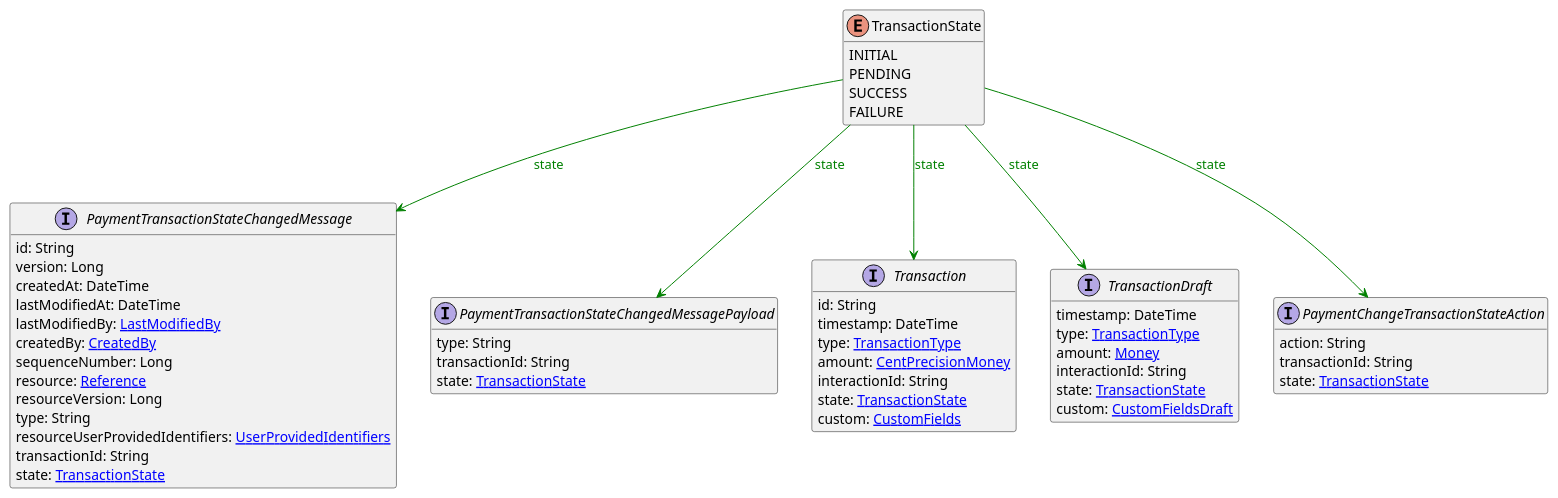
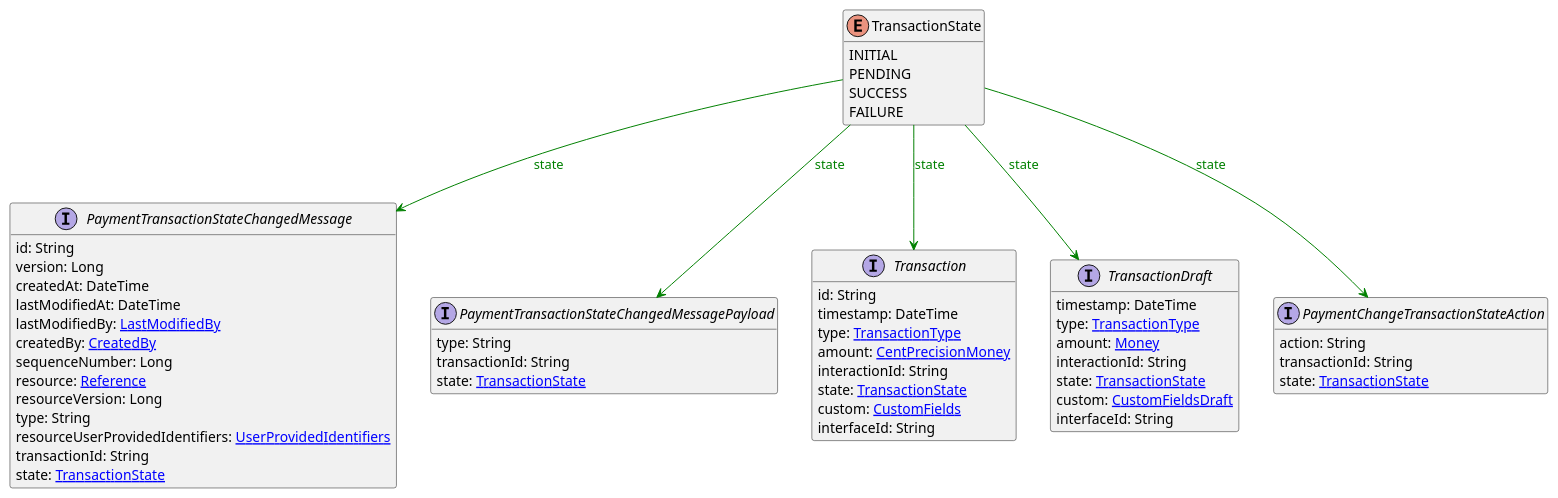
The diagram in uml/api/TransactionState.puml (commercetools/commercetools-api-reference), drawn with PlantUML before and after one commit. The commit also changed 33 other files, not shown here.

```diff
--- a/uml/api/TransactionState.puml
+++ b/uml/api/TransactionState.puml
@@ -1,57 +1,59 @@
 @startuml
 
 hide methods
 enum TransactionState {
     INITIAL
     PENDING
     SUCCESS
     FAILURE
 }
 interface PaymentTransactionStateChangedMessage [[PaymentTransactionStateChangedMessage.svg]]  {
     id: String
     version: Long
     createdAt: DateTime
     lastModifiedAt: DateTime
     lastModifiedBy: [[LastModifiedBy.svg LastModifiedBy]]
     createdBy: [[CreatedBy.svg CreatedBy]]
     sequenceNumber: Long
     resource: [[Reference.svg Reference]]
     resourceVersion: Long
     type: String
     resourceUserProvidedIdentifiers: [[UserProvidedIdentifiers.svg UserProvidedIdentifiers]]
     transactionId: String
     state: [[TransactionState.svg TransactionState]]
 }
 interface PaymentTransactionStateChangedMessagePayload [[PaymentTransactionStateChangedMessagePayload.svg]]  {
     type: String
     transactionId: String
     state: [[TransactionState.svg TransactionState]]
 }
 interface Transaction [[Transaction.svg]]  {
     id: String
     timestamp: DateTime
     type: [[TransactionType.svg TransactionType]]
     amount: [[CentPrecisionMoney.svg CentPrecisionMoney]]
     interactionId: String
     state: [[TransactionState.svg TransactionState]]
     custom: [[CustomFields.svg CustomFields]]
+    interfaceId: String
 }
 interface TransactionDraft [[TransactionDraft.svg]]  {
     timestamp: DateTime
     type: [[TransactionType.svg TransactionType]]
     amount: [[Money.svg Money]]
     interactionId: String
     state: [[TransactionState.svg TransactionState]]
     custom: [[CustomFieldsDraft.svg CustomFieldsDraft]]
+    interfaceId: String
 }
 interface PaymentChangeTransactionStateAction [[PaymentChangeTransactionStateAction.svg]]  {
     action: String
     transactionId: String
     state: [[TransactionState.svg TransactionState]]
 }
 TransactionState --> PaymentTransactionStateChangedMessage #green;text:green : "state"
 TransactionState --> PaymentTransactionStateChangedMessagePayload #green;text:green : "state"
 TransactionState --> Transaction #green;text:green : "state"
 TransactionState --> TransactionDraft #green;text:green : "state"
 TransactionState --> PaymentChangeTransactionStateAction #green;text:green : "state"
 @enduml
```
